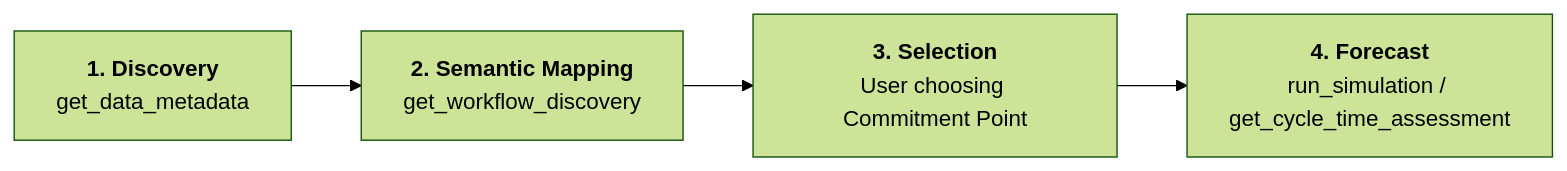
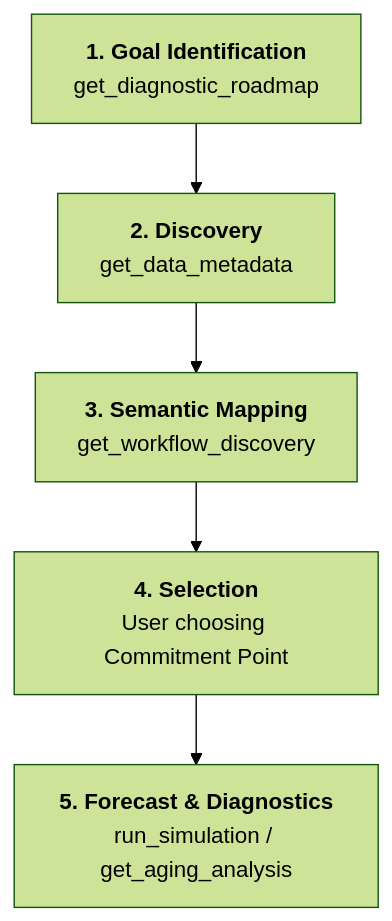
One commit to bbak/mcs-mcp changed the first of 2 diagrams in docs/architecture.md. Above: the diagram before and after it, drawn with Mermaid (forest theme). The commit also changed other lines of this file and 12 other files, not shown here.

````diff
--- a/docs/architecture.md
+++ b/docs/architecture.md
@@ -17,6 +17,7 @@
 ```mermaid
-graph LR
-    A["<b>1. Discovery</b><br/>get_data_metadata"] --> B["<b>2. Semantic Mapping</b><br/>get_workflow_discovery"]
-    B --> C["<b>3. Selection</b><br/>User choosing Commitment Point"]
-    C --> D["<b>4. Forecast</b><br/>run_simulation / get_cycle_time_assessment"]
+graph TD
+    A["<b>1. Goal Identification</b><br/>get_diagnostic_roadmap"] --> B["<b>2. Discovery</b><br/>get_data_metadata"]
+    B --> C["<b>3. Semantic Mapping</b><br/>get_workflow_discovery"]
+    C --> D["<b>4. Selection</b><br/>User choosing Commitment Point"]
+    D --> E["<b>5. Forecast & Diagnostics</b><br/>run_simulation / get_aging_analysis"]
 ```
````
